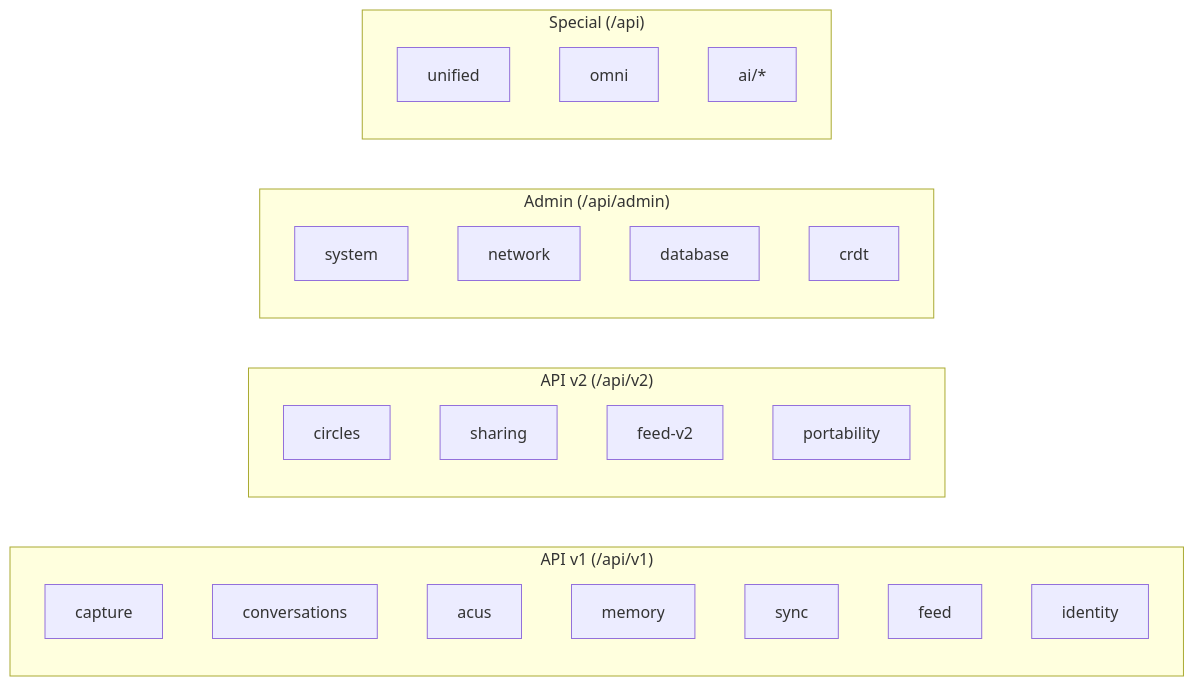
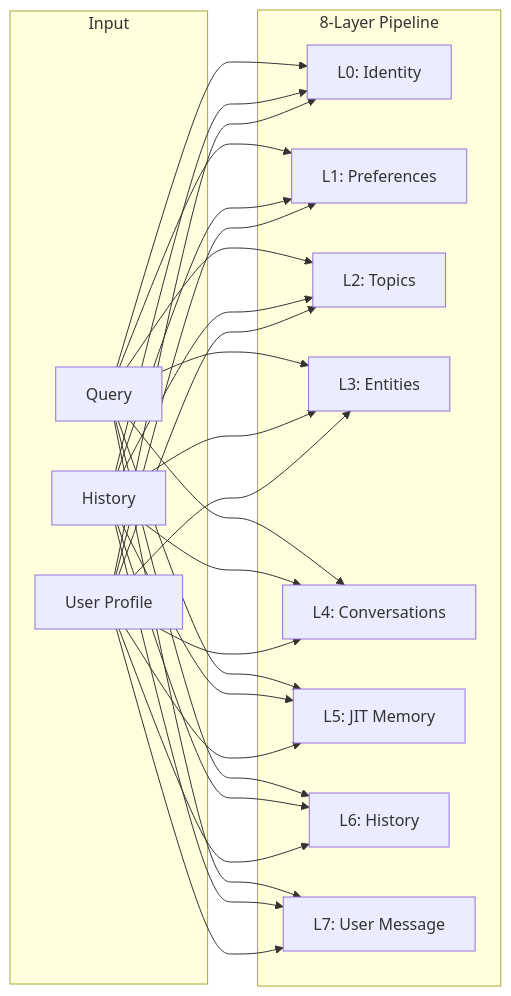
One commit to owenservera/vivim-app changed the fifth of 8 diagrams in vivim.docs.context/docs/architecture/overview.md. Above: the diagram before and after it, drawn with Mermaid. The commit also changed other lines of this file and 18 other files, not shown here.

````diff
--- a/vivim.docs.context/docs/architecture/overview.md
+++ b/vivim.docs.context/docs/architecture/overview.md
@@ -199,32 +190,21 @@
 ```mermaid
-graph LR
-    subgraph "API v1 (/api/v1)"
-        CAP[capture]
-        CONV[conversations]
-        ACU[acus]
-        MEM[memory]
-        SYNC[sync]
-        FEED[feed]
-        ID[identity]
+flowchart LR
+    subgraph "Input"
+        Q[Query]
+        H[History]
+        U[User Profile]
     end
     
-    subgraph "API v2 (/api/v2)"
-        CIRC[circles]
-        SHAR[sharing]
-        FEEDv2[feed-v2]
-        PORT[portability]
+    subgraph "8-Layer Pipeline"
+        L0[L0: Identity]
+        L1[L1: Preferences]
+        L2[L2: Topics]
+        L3[L3: Entities]
+        L4[L4: Conversations]
+        L5[L5: JIT Memory]
+        L6[L6: History]
+        L7[L7: User Message]
     end
     
-    subgraph "Admin (/api/admin)"
-        SYS[system]
-        NET[network]
-        DB[database]
-        CRDT[crdt]
-    end
-    
-    subgraph "Special (/api)"
-        UNI[unified]
-        OMNI[omni]
-        AI[ai/*]
-    end
+    Q & H & U --> L0 & L1 & L2 & L3 & L4 & L5 & L6 & L7
 ```
````
